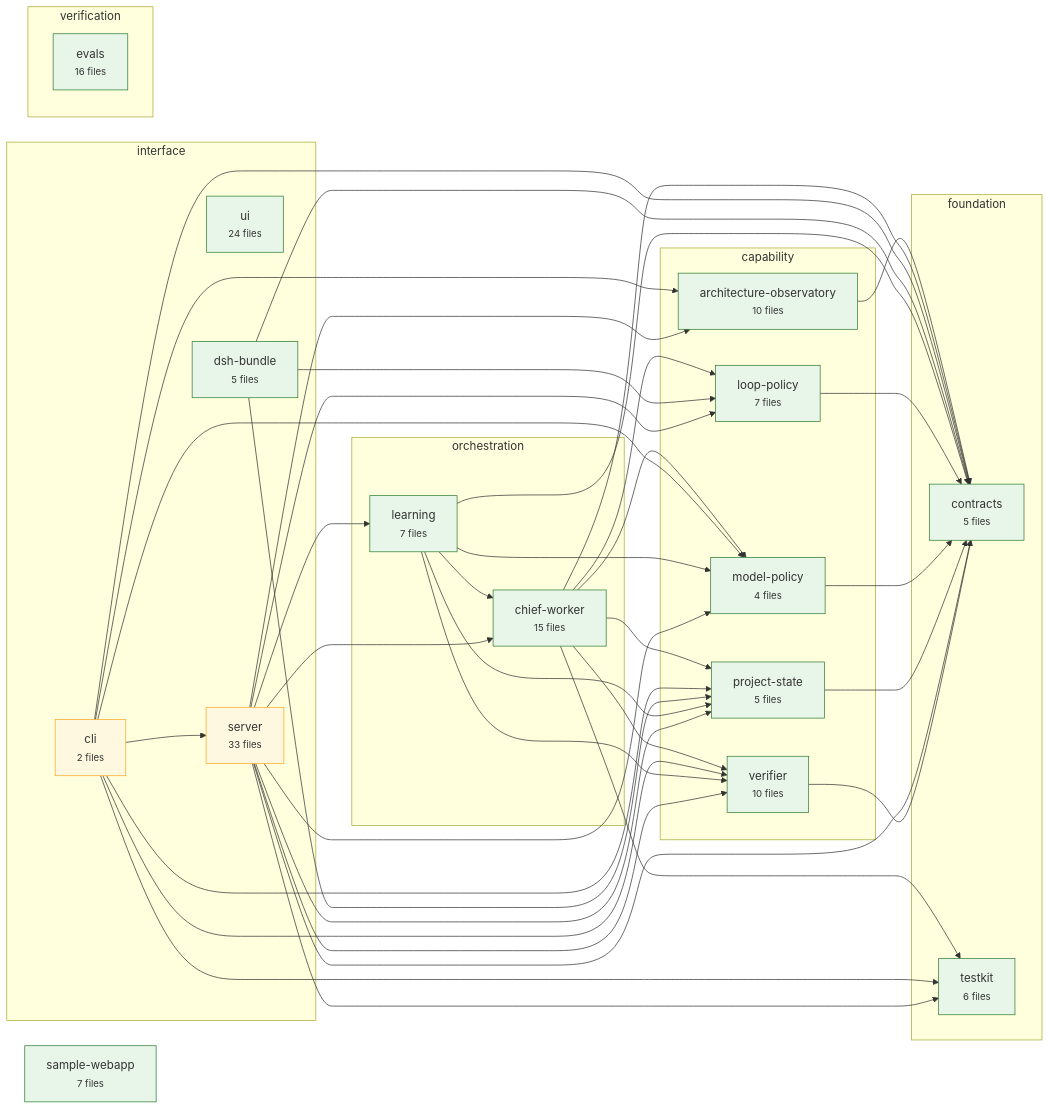
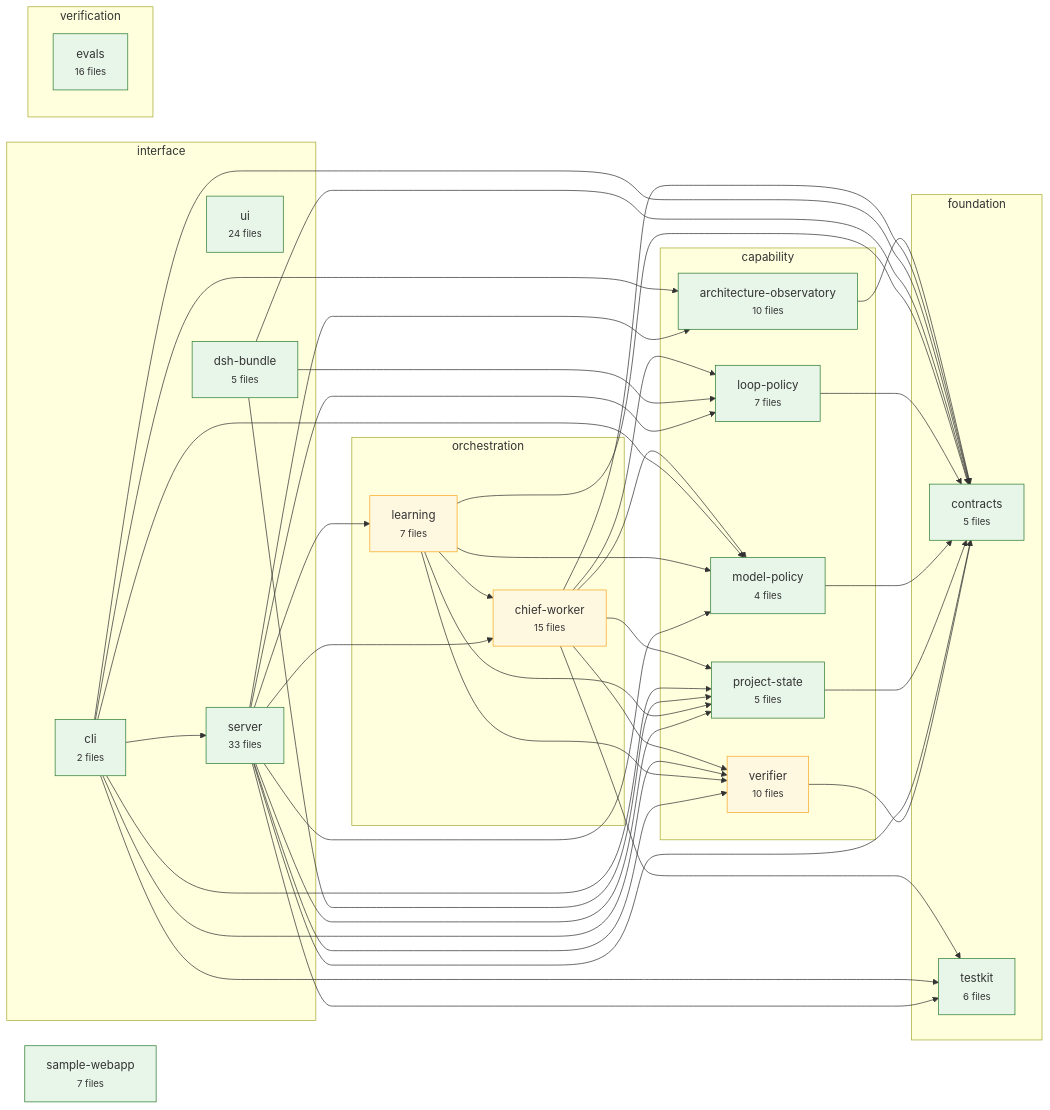
Before and after one commit to CharAzinabulu0079/dgx-super-agent: the diagram in .architecture/graph.mmd, drawn with Mermaid. The commit also changed 6 other files, not shown here.

```diff
--- a/.architecture/graph.mmd
+++ b/.architecture/graph.mmd
@@ -1,81 +1,81 @@
 flowchart LR
   subgraph layer_foundation["foundation"]
     contracts["contracts<br/><small>5 files</small>"]
     testkit["testkit<br/><small>6 files</small>"]
   end
   subgraph layer_capability["capability"]
     project_state["project-state<br/><small>5 files</small>"]
     verifier["verifier<br/><small>10 files</small>"]
     loop_policy["loop-policy<br/><small>7 files</small>"]
     model_policy["model-policy<br/><small>4 files</small>"]
     architecture_observatory["architecture-observatory<br/><small>10 files</small>"]
   end
   subgraph layer_orchestration["orchestration"]
     learning["learning<br/><small>7 files</small>"]
     chief_worker["chief-worker<br/><small>15 files</small>"]
   end
   subgraph layer_interface["interface"]
     server["server<br/><small>33 files</small>"]
     cli["cli<br/><small>2 files</small>"]
     ui["ui<br/><small>24 files</small>"]
     dsh_bundle["dsh-bundle<br/><small>5 files</small>"]
   end
   subgraph layer_verification["verification"]
     evals["evals<br/><small>16 files</small>"]
   end
   sample_webapp["sample-webapp<br/><small>7 files</small>"]
   architecture_observatory --> contracts
   chief_worker --> contracts
   chief_worker --> loop_policy
   chief_worker --> model_policy
   chief_worker --> project_state
   chief_worker --> testkit
   chief_worker --> verifier
   cli --> architecture_observatory
   cli --> contracts
   cli --> model_policy
   cli --> project_state
   cli --> server
   cli --> testkit
   cli --> verifier
   dsh_bundle --> contracts
   dsh_bundle --> loop_policy
   dsh_bundle --> project_state
   learning --> chief_worker
   learning --> contracts
   learning --> model_policy
   learning --> project_state
   learning --> verifier
   loop_policy --> contracts
   model_policy --> contracts
   project_state --> contracts
   server --> architecture_observatory
   server --> chief_worker
   server --> contracts
   server --> learning
   server --> loop_policy
   server --> model_policy
   server --> project_state
   server --> testkit
   server --> verifier
   verifier --> contracts
   classDef stable fill:#e8f5e9,stroke:#2e7d32
   classDef changing fill:#fff8e1,stroke:#f9a825
   classDef worker_active fill:#e3f2fd,stroke:#1565c0
   classDef gate_failed fill:#ffebee,stroke:#c62828
   classDef protected stroke:#6a1b9a,stroke-width:3px
   class contracts stable
   class testkit stable
   class project_state stable
-  class verifier stable
+  class verifier changing
   class loop_policy stable
   class model_policy stable
   class architecture_observatory stable
-  class learning stable
-  class chief_worker stable
-  class server changing
-  class cli changing
+  class learning changing
+  class chief_worker changing
+  class server stable
+  class cli stable
   class ui stable
   class dsh_bundle stable
   class evals stable
   class sample_webapp stable
```
